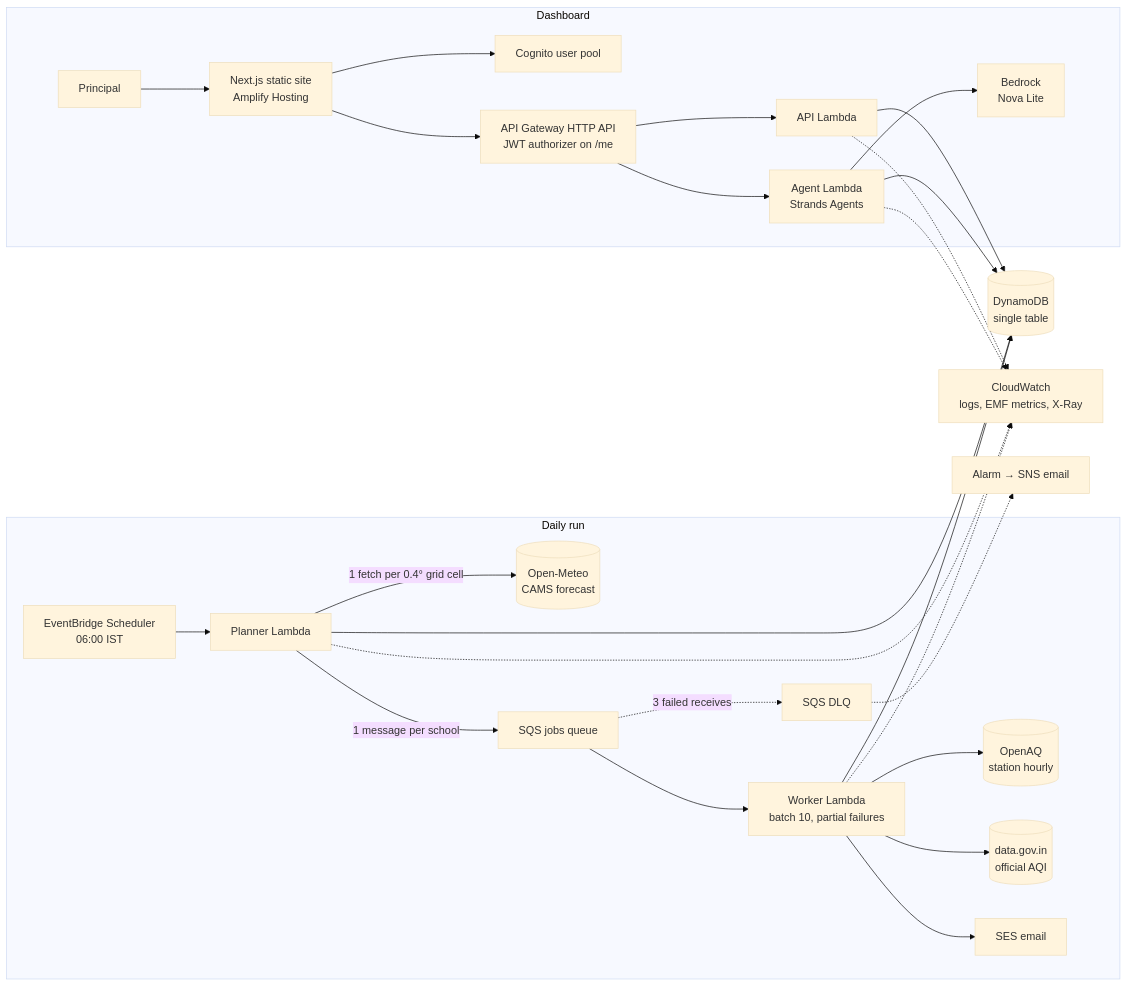
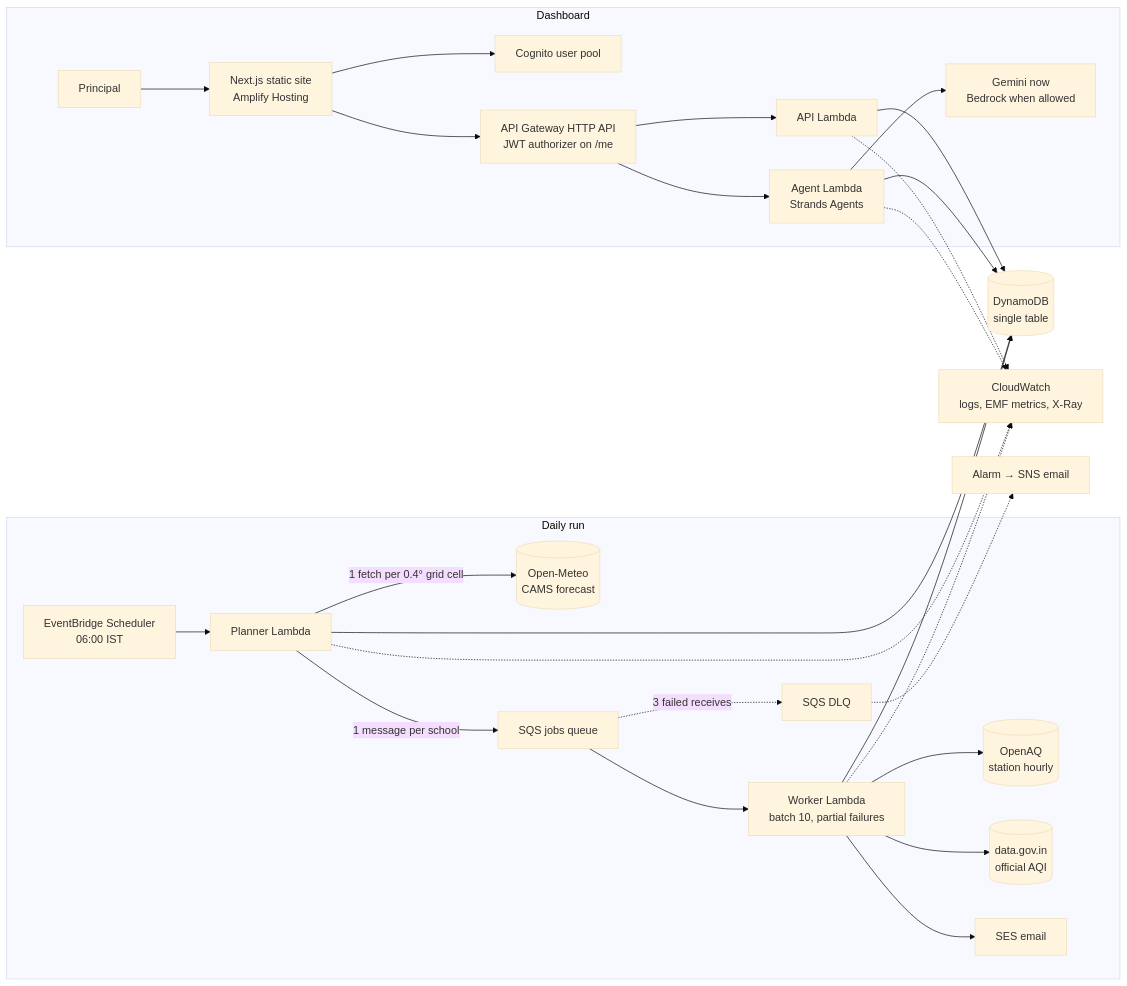
The diagram in docs/architecture.md (Rohit-998/Environmental-Hacks), drawn with Mermaid (base theme) before and after one commit. The commit also changed other lines of this file and 2 other files, not shown here.

Commit message:
Docs: deployed status, Gemini while Bedrock is blocked, sources read, SQS concurrency cap

````diff
--- a/docs/architecture.md
+++ b/docs/architecture.md
@@ -8,26 +8,26 @@
 ```mermaid
 flowchart LR
   subgraph Daily run
     S[EventBridge Scheduler<br/>06:00 IST] --> P[Planner Lambda]
     P -->|1 fetch per 0.4° grid cell| OM[(Open-Meteo<br/>CAMS forecast)]
     P -->|1 message per school| Q[SQS jobs queue]
     Q --> W[Worker Lambda<br/>batch 10, partial failures]
     Q -. 3 failed receives .-> DLQ[SQS DLQ]
     W --> OAQ[(OpenAQ<br/>station hourly)]
     W --> DG[(data.gov.in<br/>official AQI)]
     W --> SES[SES email]
   end
 
   subgraph Dashboard
     U[Principal] --> AMP[Next.js static site<br/>Amplify Hosting]
     AMP --> COG[Cognito user pool]
     AMP --> API[API Gateway HTTP API<br/>JWT authorizer on /me]
     API --> A[API Lambda]
     API --> AG[Agent Lambda<br/>Strands Agents]
-    AG --> BR[Bedrock<br/>Nova Lite]
+    AG --> BR[Gemini now<br/>Bedrock when allowed]
   end
 
   P & W & A & AG --> DDB[(DynamoDB<br/>single table)]
   P & W & A & AG -.-> CW[CloudWatch<br/>logs, EMF metrics, X-Ray]
   DLQ -.-> AL[Alarm → SNS email]
 ```
````
